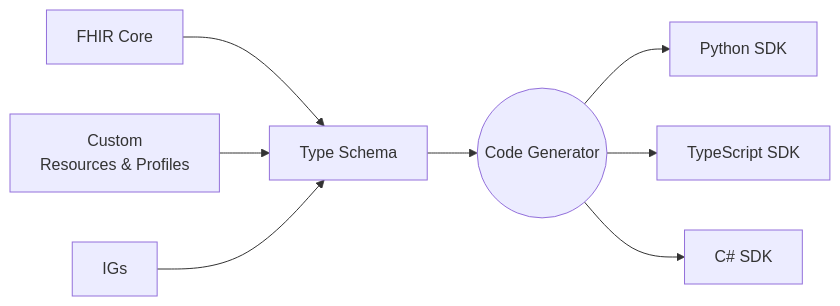
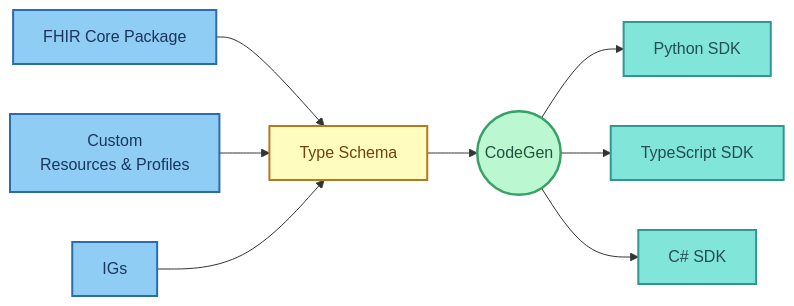
The first of 2 diagrams in docs/developer-experience/developer-experience-overview.md (HealthSamurai/documentation), drawn with Mermaid before and after one commit. The commit also changed other lines of this file, not shown here.

````diff
--- a/docs/developer-experience/developer-experience-overview.md
+++ b/docs/developer-experience/developer-experience-overview.md
@@ -89,12 +89,20 @@
 ```mermaid
 flowchart LR
-    A[FHIR Core] --> C[Type Schema]
-    C --> D((Code Generator))
-    D --> E[Python SDK]
-    D --> F[TypeScript SDK]
-    D --> G[C# SDK]
-    H[Custom<br/>Resources & Profiles] --> C
-    I[IGs] --> C
-    
+    A[FHIR Core Package]:::import --> C[Type Schema]:::schema
+    C --> D((CodeGen)):::processor
+    D --> E[Python SDK]:::result
+    D --> F[TypeScript SDK]:::result
+    D --> G[C# SDK]:::result
+    H[Custom<br/>Resources & Profiles]:::import --> C
+    I[IGs]:::import --> C
 
+    classDef import fill:#90cdf4,stroke:#2b6cb0,stroke-width:2px,color:#1a365d;
+    classDef schema fill:#fefcbf,stroke:#b7791f,stroke-width:2px,color:#744210;
+    classDef processor fill:#bbf7d0,stroke:#38a169,stroke-width:2.5px,color:#22543d;
+    classDef result fill:#81e6d9,stroke:#319795,stroke-width:2px,color:#234e52;
+
+    class A,H,I import;
+    class C schema;
+    class D processor;
+    class E,F,G result;
 ```
````
